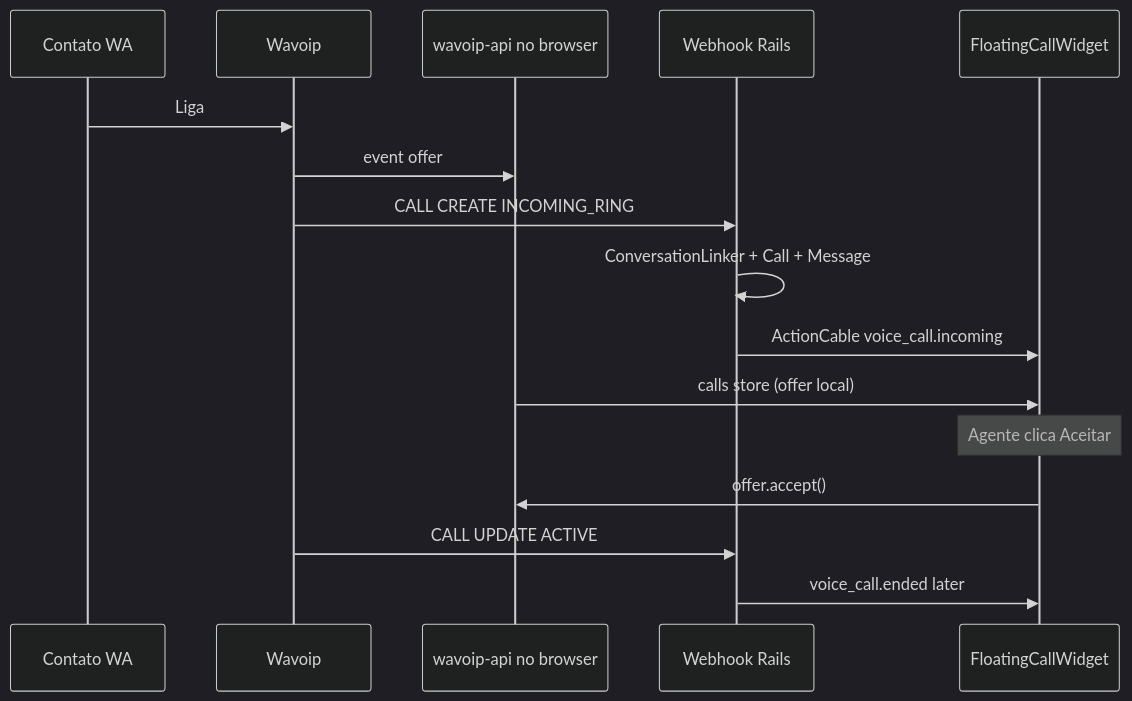
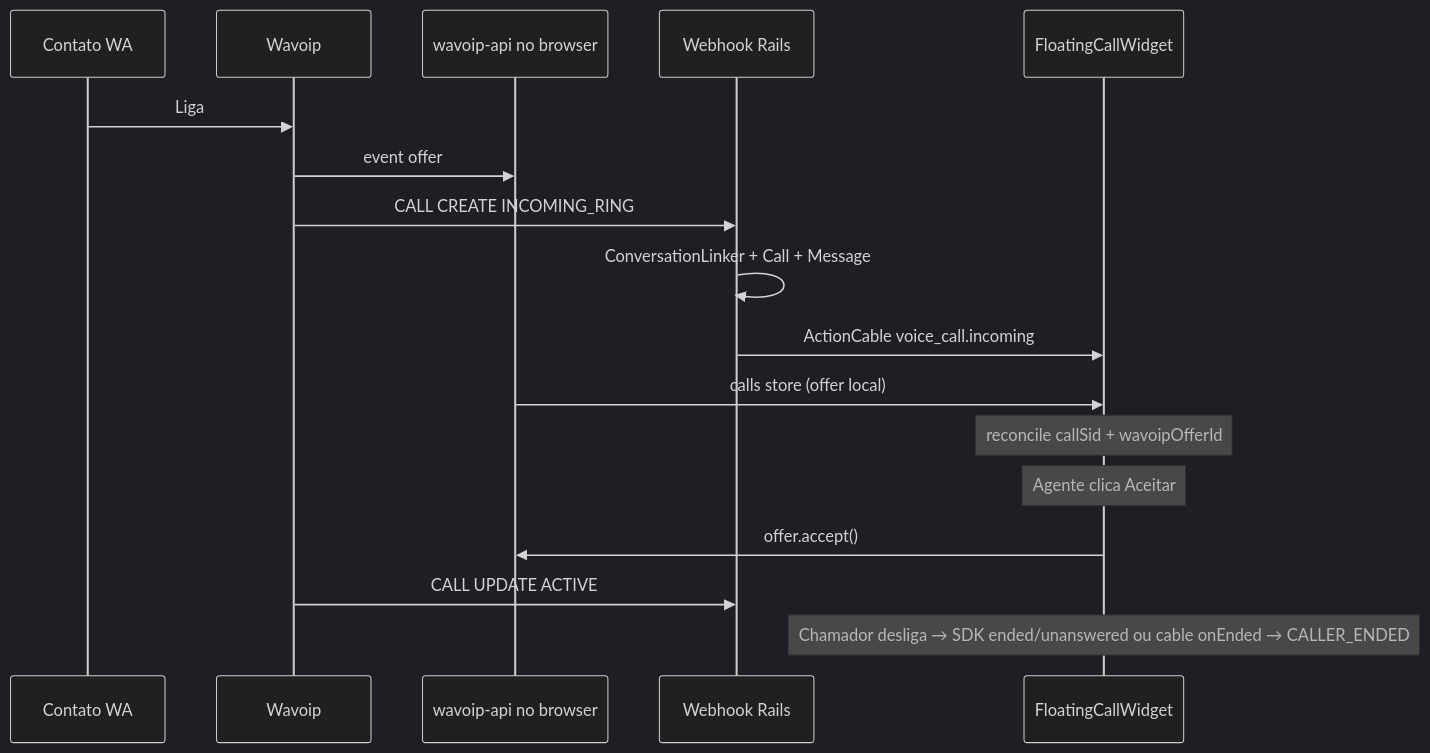
Before and after one commit to cesar-carlos/chatwoot: the second of 3 diagrams in doc/feature/whatsapp-voice/wavoip-provider/architecture.md, drawn with Mermaid (dark theme). The commit also changed other lines of this file and 7 other files, not shown here.

First line of the commit message:
docs(wavoip): sync whatsapp-voice docs with ringtone UX and bug fixes

````diff
--- a/doc/feature/whatsapp-voice/wavoip-provider/architecture.md
+++ b/doc/feature/whatsapp-voice/wavoip-provider/architecture.md
@@ -318,19 +322,20 @@
 ```mermaid
 sequenceDiagram
   participant C as Contato WA
   participant W as Wavoip
   participant SDK as wavoip-api no browser
   participant WH as Webhook Rails
   participant UI as FloatingCallWidget
 
   C->>W: Liga
   W->>SDK: event offer
   W->>WH: CALL CREATE INCOMING_RING
   WH->>WH: ConversationLinker + Call + Message
   WH->>UI: ActionCable voice_call.incoming
   SDK->>UI: calls store (offer local)
+  Note over UI: reconcile callSid + wavoipOfferId
   Note over UI: Agente clica Aceitar
   UI->>SDK: offer.accept()
   W->>WH: CALL UPDATE ACTIVE
-  WH->>UI: voice_call.ended later
+  Note over UI: Chamador desliga → SDK ended/unanswered ou cable onEnded → CALLER_ENDED
 ```
````
